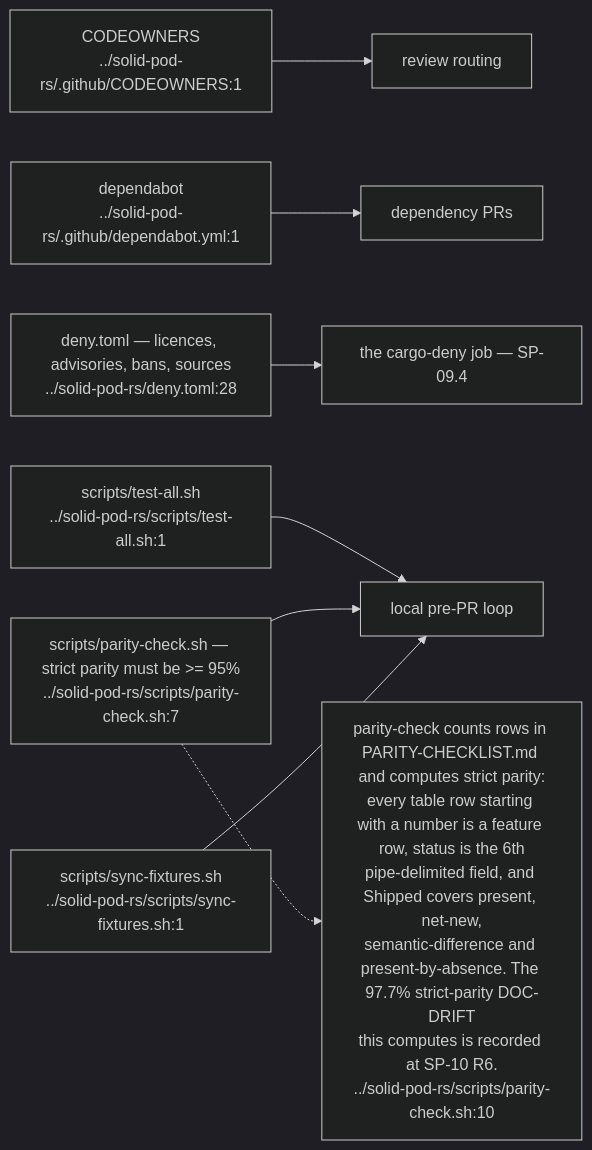
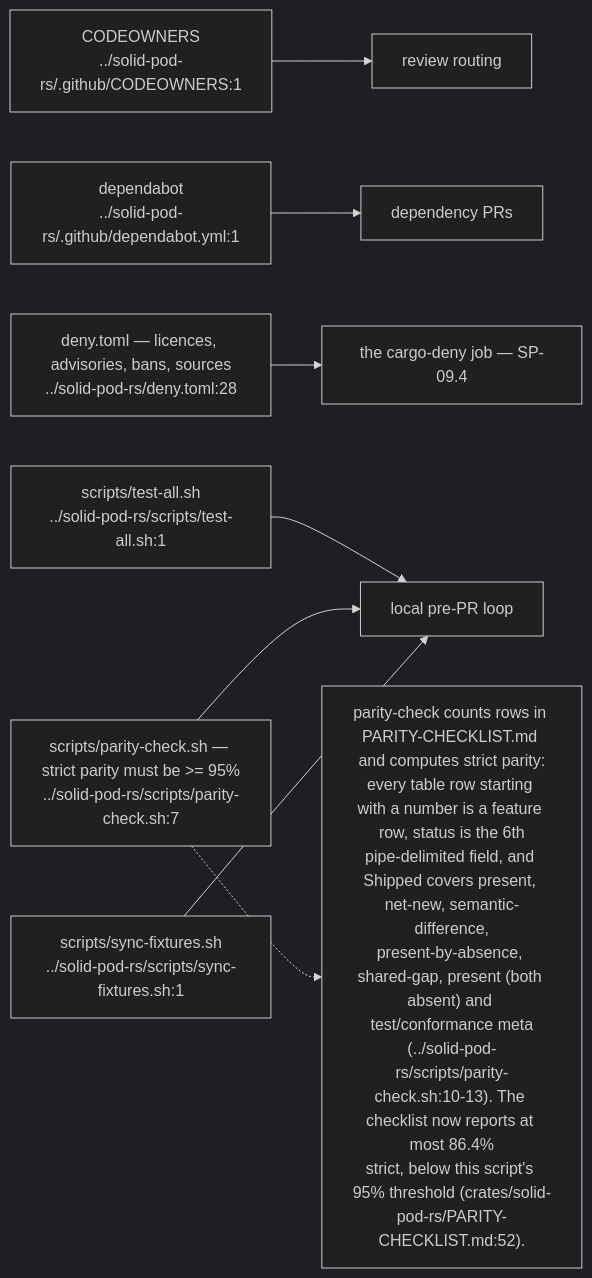
One commit to DreamLab-AI/VisionFlow changed the sixth of 9 diagrams in docs/diagrams/solid-pod-rs/09-ci-release-and-consumer-pins.md. Above: the diagram before and after it, drawn with Mermaid (dark theme). The commit also changed other lines of this file and 47 other files, not shown here.

````diff
--- a/docs/diagrams/solid-pod-rs/09-ci-release-and-consumer-pins.md
+++ b/docs/diagrams/solid-pod-rs/09-ci-release-and-consumer-pins.md
@@ -234,19 +259,19 @@
 ```mermaid
 flowchart LR
     CO["CODEOWNERS<br/>../solid-pod-rs/.github/CODEOWNERS:1"]
     DEP["dependabot<br/>../solid-pod-rs/.github/dependabot.yml:1"]
     DENYF["deny.toml — licences, advisories, bans, sources<br/>../solid-pod-rs/deny.toml:28"]
     TA["scripts/test-all.sh<br/>../solid-pod-rs/scripts/test-all.sh:1"]
     PC["scripts/parity-check.sh — strict parity must be >= 95%<br/>../solid-pod-rs/scripts/parity-check.sh:7"]
     SF["scripts/sync-fixtures.sh<br/>../solid-pod-rs/scripts/sync-fixtures.sh:1"]
 
     CO --> REVIEW["review routing"]
     DEP --> BUMP["dependency PRs"]
     DENYF --> CI["the cargo-deny job — SP-09.4"]
     TA --> LOCAL["local pre-PR loop"]
     PC --> LOCAL
     SF --> LOCAL
 
-    N["parity-check counts rows in PARITY-CHECKLIST.md and computes strict parity:<br/>every table row starting with a number is a feature row, status is the 6th<br/>pipe-delimited field, and Shipped covers present, net-new,<br/>semantic-difference and present-by-absence. The 97.7% strict-parity DOC-DRIFT<br/>this computes is recorded at SP-10 R6.<br/>../solid-pod-rs/scripts/parity-check.sh:10"]
+    N["parity-check counts rows in PARITY-CHECKLIST.md and computes strict parity:<br/>every table row starting with a number is a feature row, status is the 6th<br/>pipe-delimited field, and Shipped covers present, net-new, semantic-difference,<br/>present-by-absence, shared-gap, present (both absent) and test/conformance meta<br/>(../solid-pod-rs/scripts/parity-check.sh:10-13). The checklist now reports at most 86.4%<br/>strict, below this script's 95% threshold (crates/solid-pod-rs/PARITY-CHECKLIST.md:52)."]
     PC -.-> N
 ```
````
